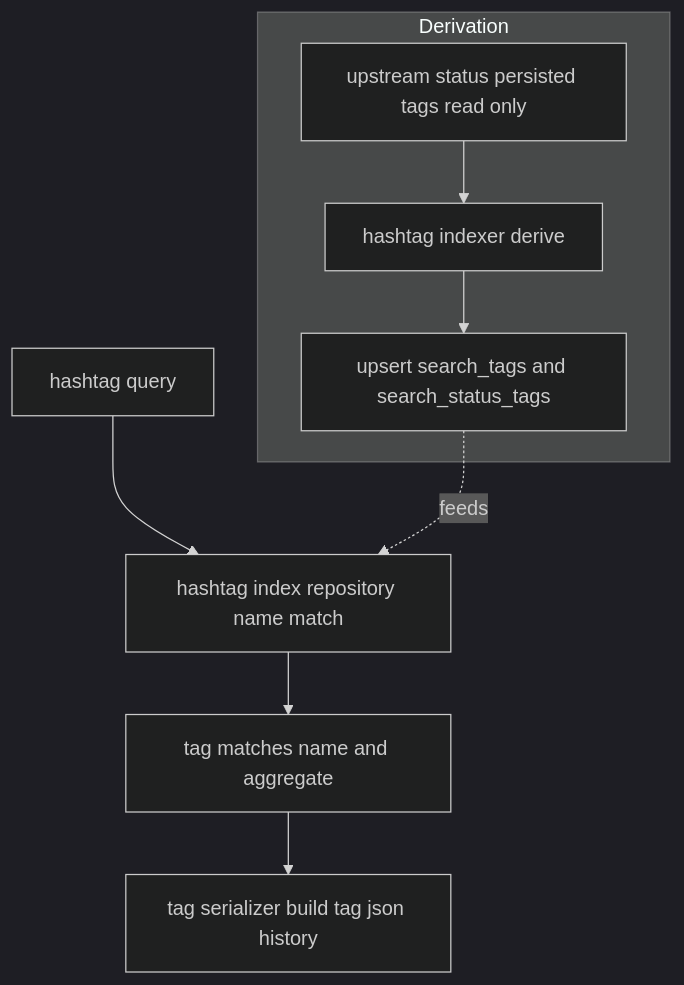
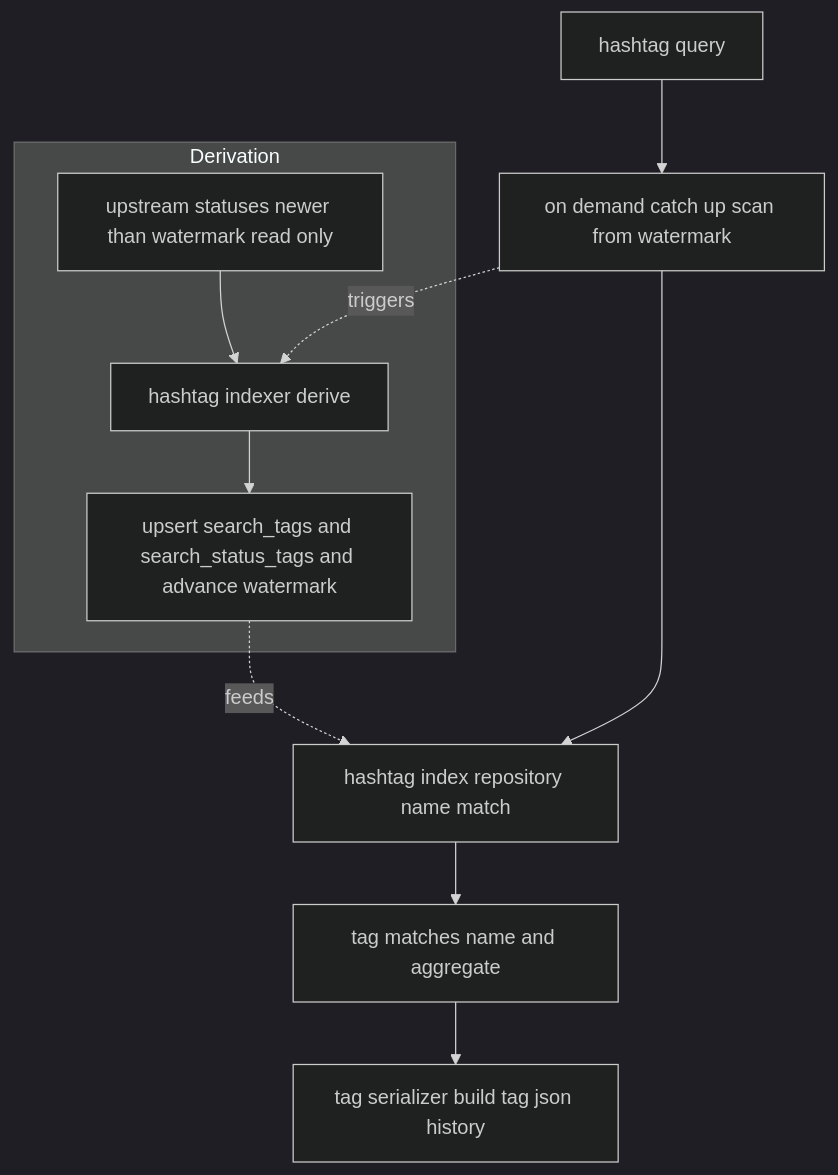
Before and after one commit to mat-der-D/kawasemi: the fourth of 4 diagrams in .kiro/specs/search/design.md, drawn with Mermaid (dark theme). The commit also changed other lines of this file and 10 other files, not shown here.

````diff
--- a/.kiro/specs/search/design.md
+++ b/.kiro/specs/search/design.md
@@ -230,11 +232,13 @@
 ```mermaid
 flowchart TD
-    Q[hashtag query] --> Idx[hashtag index repository name match]
+    Q[hashtag query] --> CatchUp[on demand catch up scan from watermark]
+    CatchUp --> Idx[hashtag index repository name match]
     Idx --> Tags[tag matches name and aggregate]
     Tags --> TagSer[tag serializer build tag json history]
     subgraph Derivation
-      Up[upstream status persisted tags read only] --> Indexer[hashtag indexer derive]
-      Indexer --> Store[upsert search_tags and search_status_tags]
+      Up[upstream statuses newer than watermark read only] --> Indexer[hashtag indexer derive]
+      Indexer --> Store[upsert search_tags and search_status_tags and advance watermark]
     end
+    CatchUp -. triggers .-> Indexer
     Store -. feeds .-> Idx
 ```
````
